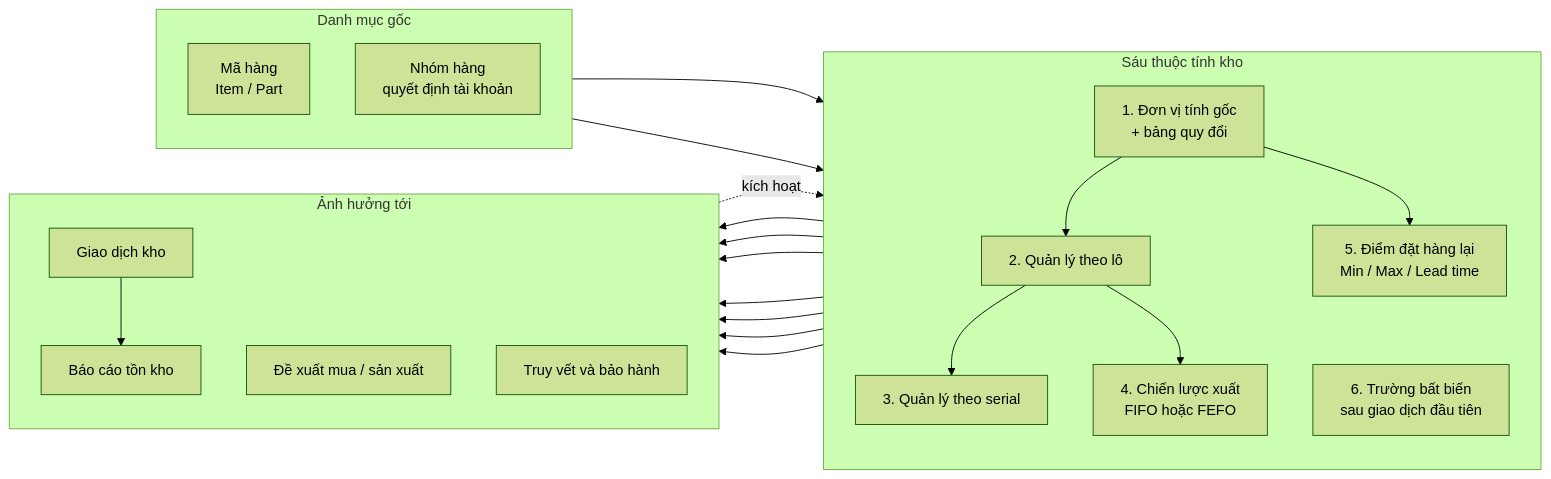
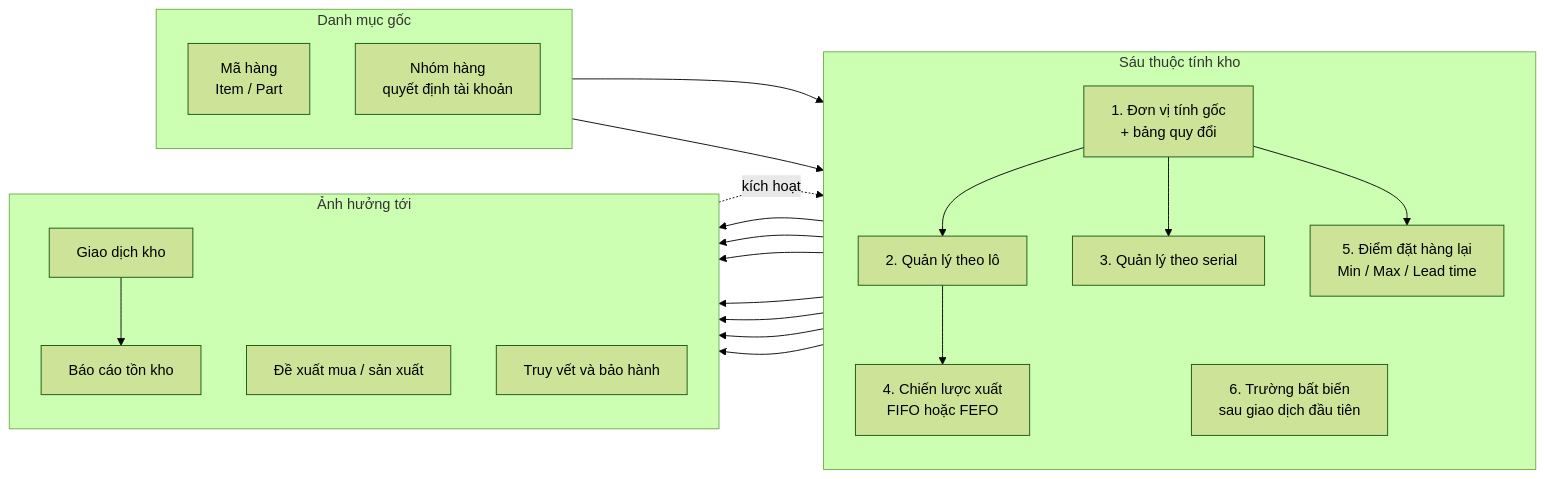
One commit to thanvanhai/thanvanhai.github.io changed the diagram in docs/erp-nghiep-vu/1-kho/2000-item-master-va-thuoc-tinh-kho.md. Above: the diagram before and after it, drawn with Mermaid (forest theme). The commit also changed other lines of this file and 5 other files, not shown here.

````diff
--- a/docs/erp-nghiep-vu/1-kho/2000-item-master-va-thuoc-tinh-kho.md
+++ b/docs/erp-nghiep-vu/1-kho/2000-item-master-va-thuoc-tinh-kho.md
@@ -32,44 +34,44 @@
 ```mermaid
 flowchart LR
     subgraph CORE["Danh mục gốc"]
         direction TB
         ITEM["Mã hàng<br/>Item / Part"]
         CAT["Nhóm hàng<br/>quyết định tài khoản"]
     end
 
     subgraph ATTR["Sáu thuộc tính kho"]
         direction TB
         UOM["1. Đơn vị tính gốc<br/>+ bảng quy đổi"]
         LOT["2. Quản lý theo lô"]
         SER["3. Quản lý theo serial"]
         FEFO["4. Chiến lược xuất<br/>FIFO hoặc FEFO"]
         ROP["5. Điểm đặt hàng lại<br/>Min / Max / Lead time"]
         LOCK["6. Trường bất biến<br/>sau giao dịch đầu tiên"]
     end
 
     subgraph USE["Ảnh hưởng tới"]
         direction TB
         TRX["Giao dịch kho"]
         REP["Báo cáo tồn kho"]
         MRP["Đề xuất mua / sản xuất"]
         TRACE["Truy vết và bảo hành"]
     end
 
     ITEM --> UOM
     CAT --> UOM
     UOM --> LOT
-    LOT --> SER
+    UOM --> SER
     LOT --> FEFO
     UOM --> ROP
 
     UOM --> TRX
     LOT --> TRX
     SER --> TRX
     FEFO --> TRX
     TRX --> REP
     ROP --> MRP
     LOT --> TRACE
     SER --> TRACE
 
     TRX -.->|kích hoạt| LOCK
 ```
````
